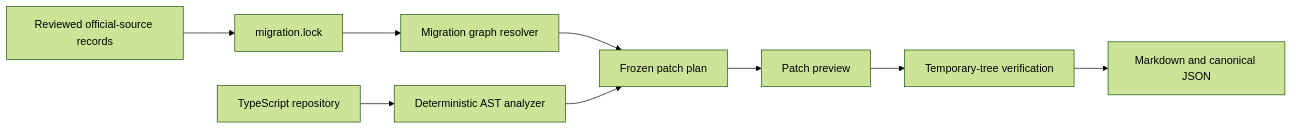
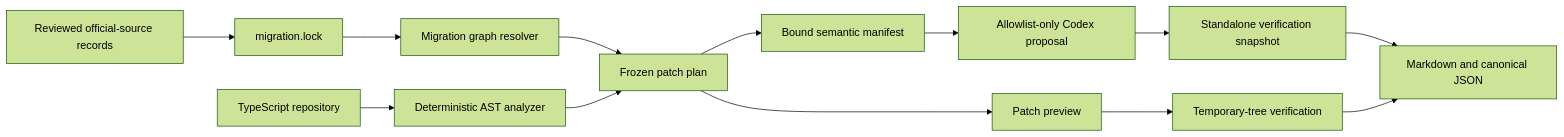
The diagram in README.md (sujileelea/openai-migration-doctor), drawn with Mermaid (forest theme) before and after one commit. The commit also changed other lines of this file and 5 other files, not shown here.

````diff
--- a/README.md
+++ b/README.md
@@ -110,11 +118,15 @@
 ```mermaid
 flowchart LR
     A[Reviewed official-source records] --> B[migration.lock]
     C[TypeScript repository] --> D[Deterministic AST analyzer]
     B --> I[Migration graph resolver]
     I --> E[Frozen patch plan]
     D --> E
     E --> F[Patch preview]
     F --> G[Temporary-tree verification]
+    E --> J[Bound semantic manifest]
+    J --> K[Allowlist-only Codex proposal]
+    K --> L[Standalone verification snapshot]
+    L --> H
     G --> H[Markdown and canonical JSON]
 ```
````
